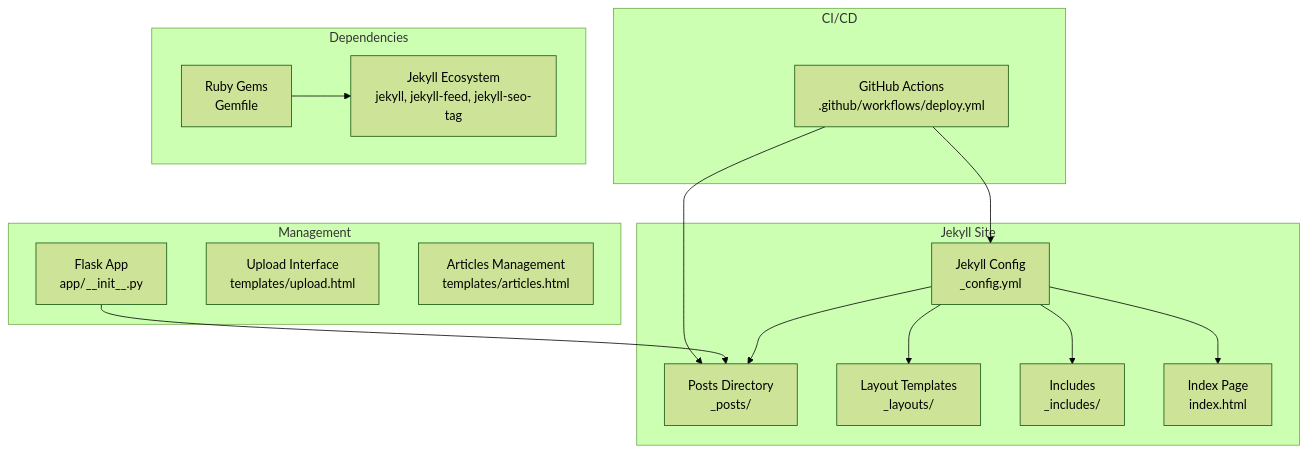
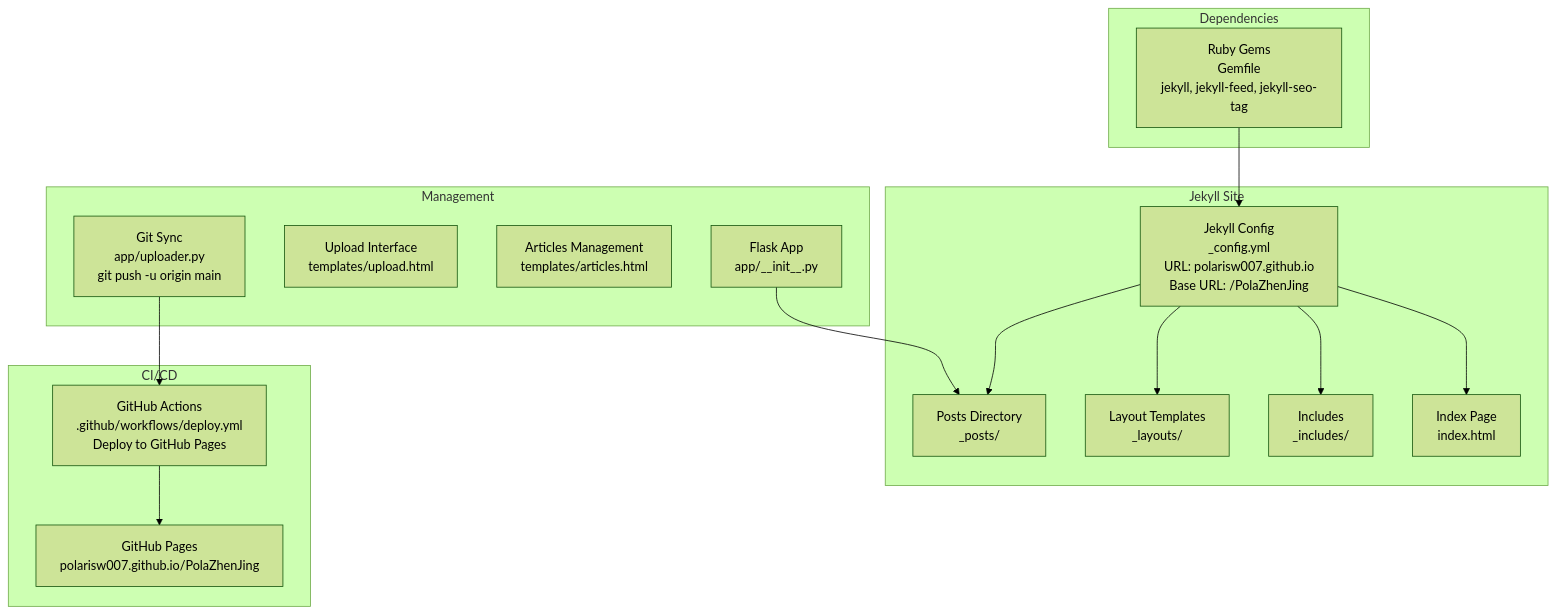
One commit to PolarisW007/PolaZhenJing changed the first of 4 diagrams in .qoder/repowiki/en/content/Backend Application/Publishing Pipeline.md. Above: the diagram before and after it, drawn with Mermaid (forest theme). The commit also changed other lines of this file and 1 other file, not shown here.

````diff
--- a/.qoder/repowiki/en/content/Backend Application/Publishing Pipeline.md
+++ b/.qoder/repowiki/en/content/Backend Application/Publishing Pipeline.md
@@ -46,30 +47,31 @@
 ```mermaid
 graph TB
 subgraph "Jekyll Site"
-A["Jekyll Config<br/>_config.yml"]
+A["Jekyll Config<br/>_config.yml<br/>URL: polarisw007.github.io<br/>Base URL: /PolaZhenJing"]
 B["Posts Directory<br/>_posts/"]
 C["Layout Templates<br/>_layouts/"]
 D["Includes<br/>_includes/"]
 E["Index Page<br/>index.html"]
 end
 subgraph "Management"
 F["Flask App<br/>app/__init__.py"]
 G["Upload Interface<br/>templates/upload.html"]
 H["Articles Management<br/>templates/articles.html"]
+I["Git Sync<br/>app/uploader.py<br/>git push -u origin main"]
 end
 subgraph "CI/CD"
-I["GitHub Actions<br/>.github/workflows/deploy.yml"]
+J["GitHub Actions<br/>.github/workflows/deploy.yml<br/>Deploy to GitHub Pages"]
+K["GitHub Pages<br/>polarisw007.github.io/PolaZhenJing"]
 end
 subgraph "Dependencies"
-J["Ruby Gems<br/>Gemfile"]
-K["Jekyll Ecosystem<br/>jekyll, jekyll-feed, jekyll-seo-tag"]
+L["Ruby Gems<br/>Gemfile<br/>jekyll, jekyll-feed, jekyll-seo-tag"]
 end
 A --> B
 A --> C
 A --> D
 A --> E
 F --> B
-I --> A
-I --> B
+I --> J
 J --> K
+L --> A
 ```
````
